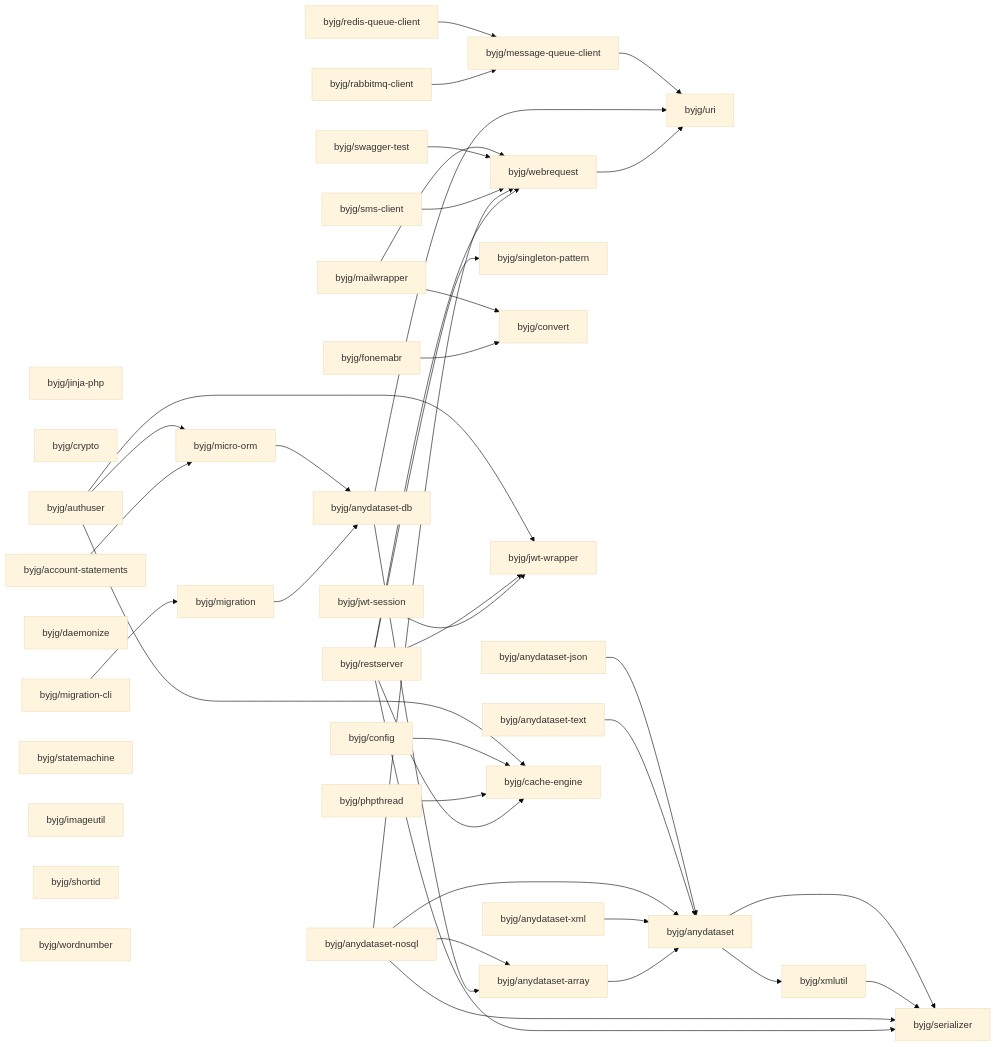
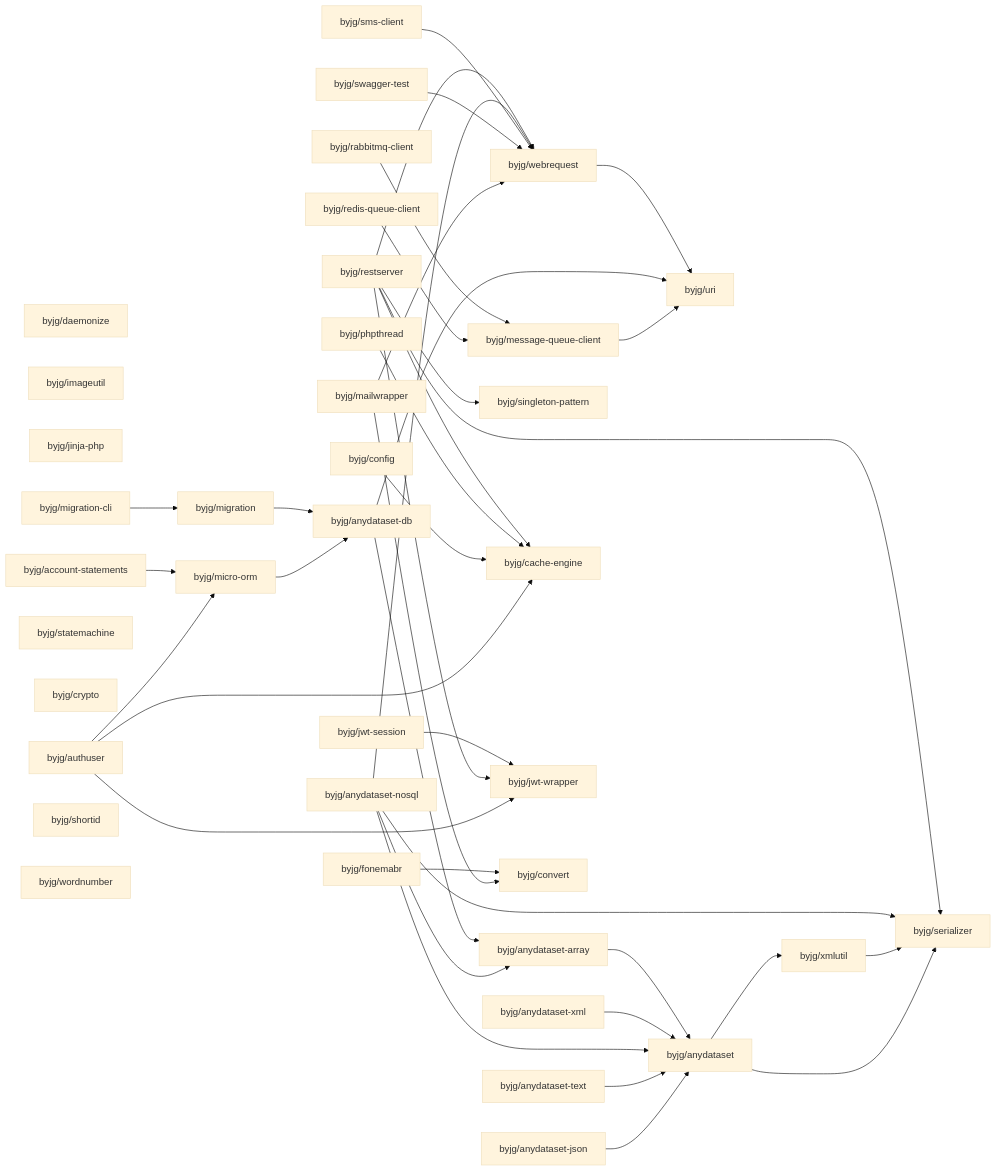
One commit to byjg/byjg.github.io changed the diagram in docs/php/README.md. Above: the diagram before and after it, drawn with Mermaid (base theme). The commit also changed other lines of this file and 1 other file, not shown here.

Commit message:
Update documentation 'php' 'php-cache-engine'

````diff
--- a/docs/php/README.md
+++ b/docs/php/README.md
@@ -3,78 +3,78 @@
 ```mermaid
 graph LR;
-  byjg/redis-queue-client;
   byjg/anydataset-json;
-  byjg/restserver;
-  byjg/jinja-php;
-  byjg/swagger-test;
-  byjg/fonemabr;
-  byjg/anydataset-text;
-  byjg/crypto;
+  byjg/anydataset-xml;
   byjg/anydataset-nosql;
   byjg/jwt-session;
+  byjg/anydataset-text;
+  byjg/daemonize;
+  byjg/imageutil;
+  byjg/jinja-php;
+  byjg/rabbitmq-client;
+  byjg/phpthread;
+  byjg/fonemabr;
+  byjg/account-statements;
+  byjg/restserver;
+  byjg/migration-cli;
+  byjg/swagger-test;
+  byjg/config;
+  byjg/statemachine;
+  byjg/redis-queue-client;
+  byjg/crypto;
+  byjg/authuser;
+  byjg/sms-client;
+  byjg/shortid;
   byjg/mailwrapper;
-  byjg/migration-cli;
-  byjg/authuser;
-  byjg/daemonize;
-  byjg/account-statements;
-  byjg/statemachine;
-  byjg/phpthread;
-  byjg/imageutil;
-  byjg/shortid;
-  byjg/anydataset-xml;
-  byjg/rabbitmq-client;
   byjg/wordnumber;
-  byjg/sms-client;
-  byjg/config;
   byjg/singleton-pattern;
+  byjg/migration;
+  byjg/message-queue-client;
+  byjg/micro-orm;
+  byjg/cache-engine;
+  byjg/jwt-wrapper;
   byjg/convert;
-  byjg/migration;
-  byjg/jwt-wrapper;
-  byjg/micro-orm;
-  byjg/message-queue-client;
   byjg/webrequest;
-  byjg/cache-engine;
   byjg/anydataset-db;
   byjg/anydataset-array;
   byjg/uri;
   byjg/anydataset;
   byjg/xmlutil;
   byjg/serializer;
   byjg/account-statements --> byjg/micro-orm;
   byjg/fonemabr --> byjg/convert;
   byjg/webrequest --> byjg/uri;
   byjg/anydataset-array --> byjg/anydataset;
   byjg/anydataset-xml --> byjg/anydataset;
   byjg/rabbitmq-client --> byjg/message-queue-client;
   byjg/redis-queue-client --> byjg/message-queue-client;
   byjg/jwt-session --> byjg/jwt-wrapper;
   byjg/anydataset-db --> byjg/anydataset-array;
   byjg/anydataset-db --> byjg/uri;
   byjg/restserver --> byjg/serializer;
   byjg/restserver --> byjg/singleton-pattern;
   byjg/restserver --> byjg/cache-engine;
   byjg/restserver --> byjg/webrequest;
   byjg/restserver --> byjg/jwt-wrapper;
   byjg/migration --> byjg/anydataset-db;
   byjg/anydataset-nosql --> byjg/anydataset;
   byjg/anydataset-nosql --> byjg/anydataset-array;
   byjg/anydataset-nosql --> byjg/serializer;
   byjg/anydataset-nosql --> byjg/webrequest;
   byjg/phpthread --> byjg/cache-engine;
   byjg/sms-client --> byjg/webrequest;
   byjg/swagger-test --> byjg/webrequest;
   byjg/migration-cli --> byjg/migration;
   byjg/config --> byjg/cache-engine;
   byjg/anydataset-text --> byjg/anydataset;
   byjg/micro-orm --> byjg/anydataset-db;
   byjg/authuser --> byjg/micro-orm;
   byjg/authuser --> byjg/cache-engine;
   byjg/authuser --> byjg/jwt-wrapper;
   byjg/anydataset-json --> byjg/anydataset;
   byjg/mailwrapper --> byjg/convert;
   byjg/mailwrapper --> byjg/webrequest;
   byjg/xmlutil --> byjg/serializer;
   byjg/anydataset --> byjg/serializer;
   byjg/anydataset --> byjg/xmlutil;
   byjg/message-queue-client --> byjg/uri;
 ```
````
